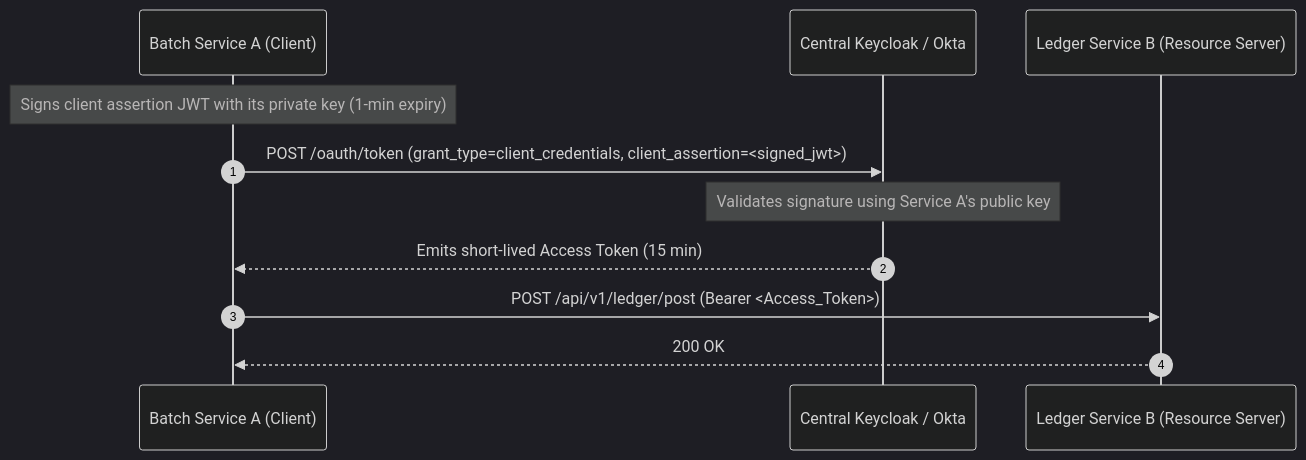
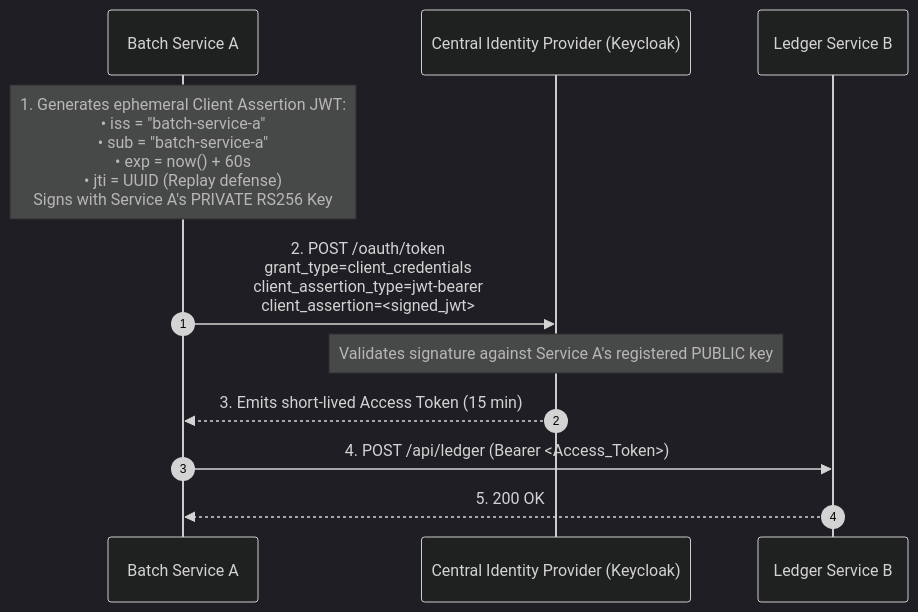
Before and after one commit to weaponxwolf/backend-engineering-mastry: the fifth of 7 diagrams in docs/production/oauth2-zerotrust-mesh.mdx, drawn with Mermaid (dark theme). The commit also changed other lines of this file and 15 other files, not shown here.

````diff
--- a/docs/production/oauth2-zerotrust-mesh.mdx
+++ b/docs/production/oauth2-zerotrust-mesh.mdx
@@ -92,14 +207,14 @@
 ```mermaid
 sequenceDiagram
     autonumber
-    participant SvcA as Batch Service A (Client)
-    participant IdP as Central Keycloak / Okta
-    participant SvcB as Ledger Service B (Resource Server)
+    participant SvcA as Batch Service A
+    participant IdP as Central Identity Provider (Keycloak)
+    participant SvcB as Ledger Service B
 
-    Note over SvcA: Signs client assertion JWT with its private key (1-min expiry)
-    SvcA->>IdP: POST /oauth/token (grant_type=client_credentials, client_assertion=<signed_jwt>)
-    Note over IdP: Validates signature using Service A's public key
-    IdP-->>SvcA: Emits short-lived Access Token (15 min)
-    SvcA->>SvcB: POST /api/v1/ledger/post (Bearer <Access_Token>)
-    SvcB-->>SvcA: 200 OK
+    Note over SvcA: 1. Generates ephemeral Client Assertion JWT:<br/>• iss = "batch-service-a"<br/>• sub = "batch-service-a"<br/>• exp = now() + 60s<br/>• jti = UUID (Replay defense)<br/>Signs with Service A's PRIVATE RS256 Key
+    SvcA->>IdP: 2. POST /oauth/token<br/>grant_type=client_credentials<br/>client_assertion_type=jwt-bearer<br/>client_assertion=<signed_jwt>
+    Note over IdP: Validates signature against Service A's registered PUBLIC key
+    IdP-->>SvcA: 3. Emits short-lived Access Token (15 min)
+    SvcA->>SvcB: 4. POST /api/ledger (Bearer <Access_Token>)
+    SvcB-->>SvcA: 5. 200 OK
 ```
````
